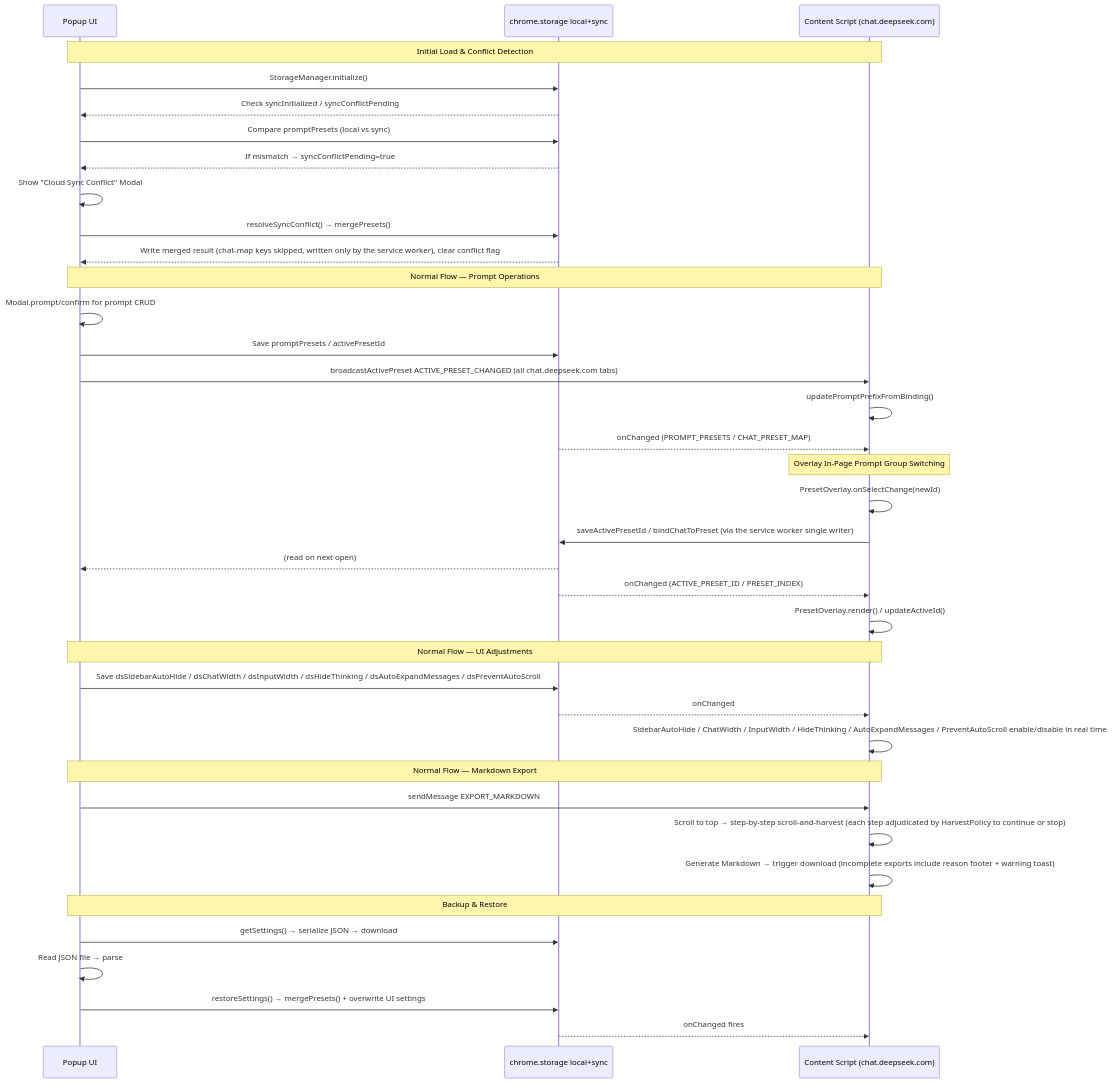
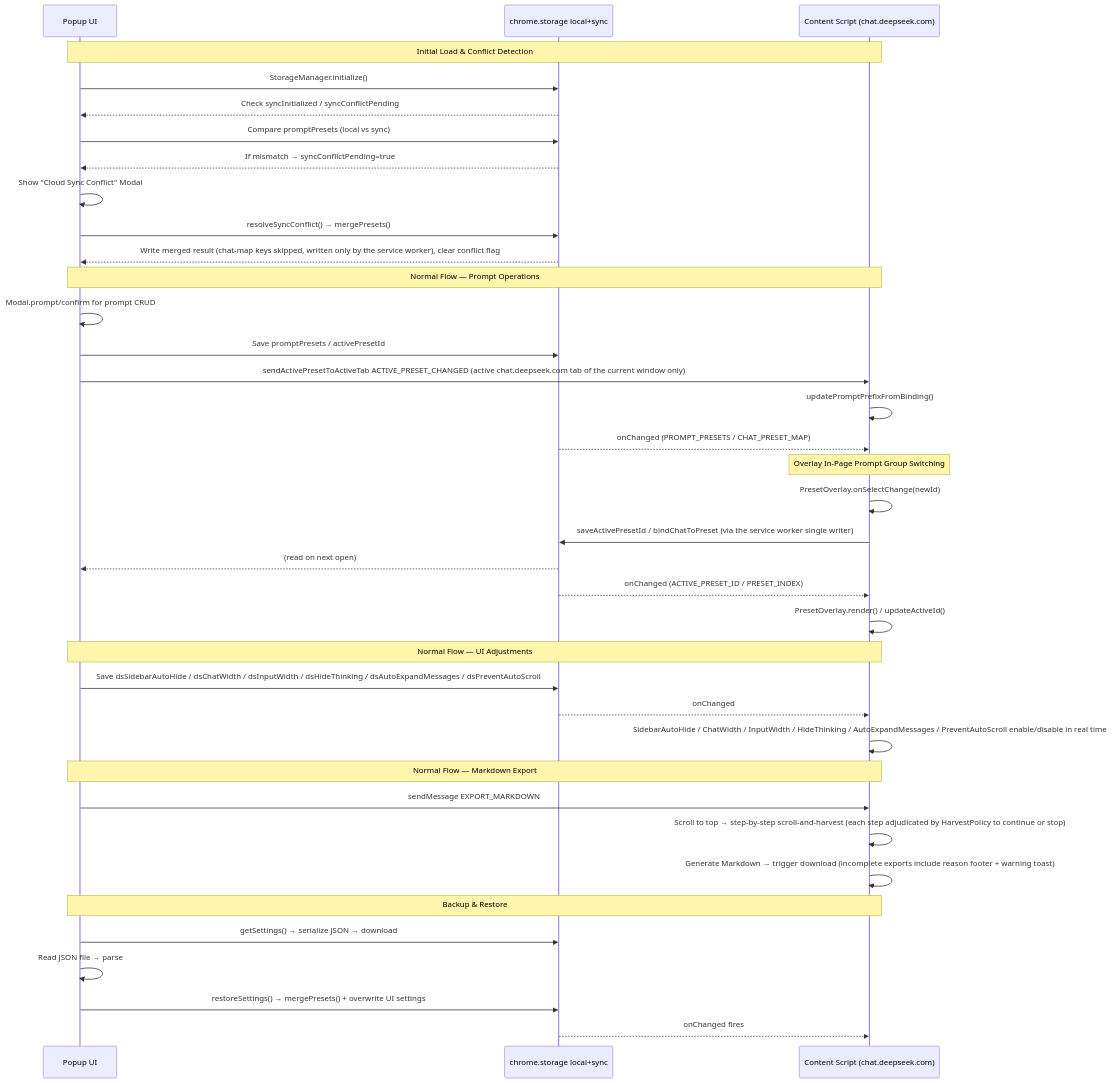
One commit to sov1n14/ds-studio changed the diagram in docs/ARCHITECTURE.md. Above: the diagram before and after it, drawn with Mermaid. The commit also changed other lines of this file and 20 other files, not shown here.

````diff
--- a/docs/ARCHITECTURE.md
+++ b/docs/ARCHITECTURE.md
@@ -434,45 +434,45 @@
 ```mermaid
 sequenceDiagram
     participant Popup as Popup UI
     participant Storage as chrome.storage local+sync
     participant Content as Content Script (chat.deepseek.com)
 
     Note over Popup,Content: Initial Load & Conflict Detection
     Popup->>Storage: StorageManager.initialize()
     Storage-->>Popup: Check syncInitialized / syncConflictPending
     Popup->>Storage: Compare promptPresets (local vs sync)
     Storage-->>Popup: If mismatch → syncConflictPending=true
     Popup->>Popup: Show "Cloud Sync Conflict" Modal
     Popup->>Storage: resolveSyncConflict() → mergePresets()
     Storage-->>Popup: Write merged result (chat-map keys skipped, written only by the service worker), clear conflict flag
 
     Note over Popup,Content: Normal Flow — Prompt Operations
     Popup->>Popup: Modal.prompt/confirm for prompt CRUD
     Popup->>Storage: Save promptPresets / activePresetId
-    Popup->>Content: broadcastActivePreset ACTIVE_PRESET_CHANGED (all chat.deepseek.com tabs)
+    Popup->>Content: sendActivePresetToActiveTab ACTIVE_PRESET_CHANGED (active chat.deepseek.com tab of the current window only)
     Content->>Content: updatePromptPrefixFromBinding()
     Storage-->>Content: onChanged (PROMPT_PRESETS / CHAT_PRESET_MAP)
 
     Note over Content: Overlay In-Page Prompt Group Switching
     Content->>Content: PresetOverlay.onSelectChange(newId)
     Content->>Storage: saveActivePresetId / bindChatToPreset (via the service worker single writer)
     Storage-->>Popup: (read on next open)
     Storage-->>Content: onChanged (ACTIVE_PRESET_ID / PRESET_INDEX)
     Content->>Content: PresetOverlay.render() / updateActiveId()
 
     Note over Popup,Content: Normal Flow — UI Adjustments
     Popup->>Storage: Save dsSidebarAutoHide / dsChatWidth / dsInputWidth / dsHideThinking / dsAutoExpandMessages / dsPreventAutoScroll
     Storage-->>Content: onChanged
     Content->>Content: SidebarAutoHide / ChatWidth / InputWidth / HideThinking / AutoExpandMessages / PreventAutoScroll enable/disable in real time
 
     Note over Popup,Content: Normal Flow — Markdown Export
     Popup->>Content: sendMessage EXPORT_MARKDOWN
     Content->>Content: Scroll to top → step-by-step scroll-and-harvest (each step adjudicated by HarvestPolicy to continue or stop)
     Content->>Content: Generate Markdown → trigger download (incomplete exports include reason footer + warning toast)
 
     Note over Popup,Content: Backup & Restore
     Popup->>Storage: getSettings() → serialize JSON → download
     Popup->>Popup: Read JSON file → parse
     Popup->>Storage: restoreSettings() → mergePresets() + overwrite UI settings
     Storage-->>Content: onChanged fires
 ```
````
